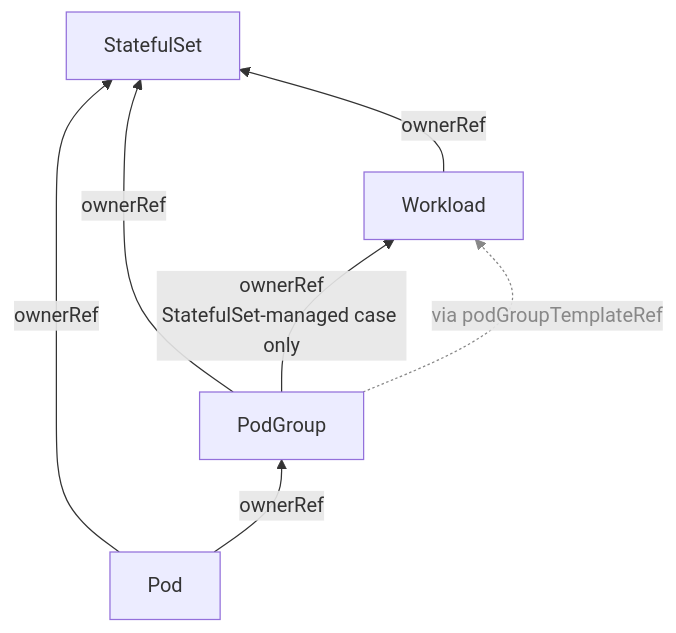
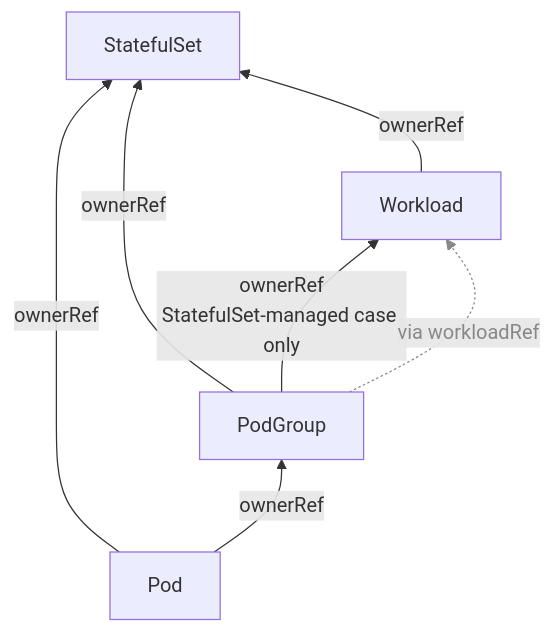
One commit to kubernetes/enhancements changed the diagram in keps/sig-apps/6277-integrate-workload-with-statefulset/README.md. Above: the diagram before and after it, drawn with Mermaid. The commit also changed other lines of this file and 1 other file, not shown here.

````diff
--- a/keps/sig-apps/6277-integrate-workload-with-statefulset/README.md
+++ b/keps/sig-apps/6277-integrate-workload-with-statefulset/README.md
@@ -753,17 +756,17 @@
 ```mermaid
 flowchart BT
     Pod[Pod]
     PodGroup[PodGroup]
     Workload[Workload]
     StatefulSet[StatefulSet]
 
     Pod -->|ownerRef| PodGroup
     Pod -->|ownerRef| StatefulSet
     PodGroup -->|ownerRef| StatefulSet
     PodGroup -->|"ownerRef<br/>StatefulSet-managed case only"| Workload
     Workload -->|ownerRef| StatefulSet
 
-    PodGroup -.->|"via podGroupTemplateRef"| Workload
+    PodGroup -.->|"via workloadRef"| Workload
 
     linkStyle 5 stroke:#888,color:#888
 ```
````
